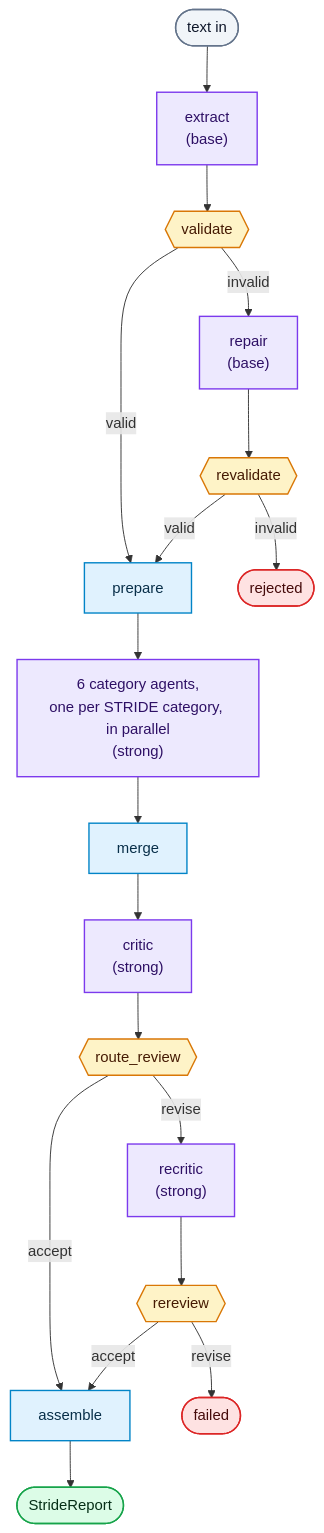
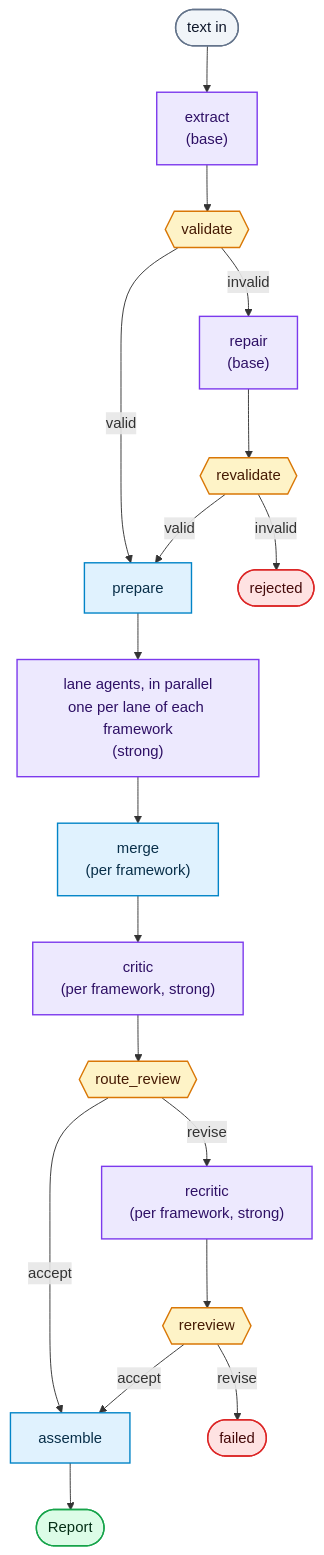
One commit to mstarks01/work-agent changed the diagram in docs/Architecture.md. Above: the diagram before and after it, drawn with Mermaid. The commit also changed other lines of this file and 5 other files, not shown here.

````diff
--- a/docs/Architecture.md
+++ b/docs/Architecture.md
@@ -13,36 +13,36 @@
 ```mermaid
 flowchart TD
     start([text in]) --> extract["extract<br/>(base)"]
     extract --> validate{{validate}}
     validate -- valid --> prepare[prepare]
     validate -- invalid --> repair["repair<br/>(base)"]
     repair --> revalidate{{revalidate}}
     revalidate -- valid --> prepare
     revalidate -- invalid --> reject([rejected])
 
-    prepare --> analyze["6 category agents,<br/>one per STRIDE category, in parallel<br/>(strong)"]
-    analyze --> merge[merge]
-    merge --> critic["critic<br/>(strong)"]
+    prepare --> analyze["lane agents, in parallel<br/>one per lane of each framework<br/>(strong)"]
+    analyze --> merge["merge<br/>(per framework)"]
+    merge --> critic["critic<br/>(per framework, strong)"]
     critic --> router{{route_review}}
 
     router -- accept --> assemble[assemble]
-    router -- revise --> recritic["recritic<br/>(strong)"]
+    router -- revise --> recritic["recritic<br/>(per framework, strong)"]
     recritic --> rereview{{rereview}}
     rereview -- accept --> assemble
     rereview -- revise --> failed([failed])
-    assemble --> report([StrideReport])
+    assemble --> report([Report])
 
     classDef llm fill:#ede9fe,stroke:#7c3aed,stroke-width:1.5px,color:#2e1065
     classDef code fill:#e0f2fe,stroke:#0284c7,stroke-width:1.5px,color:#082f49
     classDef gate fill:#fef3c7,stroke:#d97706,stroke-width:1.5px,color:#451a03
     classDef good fill:#dcfce7,stroke:#16a34a,stroke-width:1.5px,color:#052e16
     classDef bad fill:#fee2e2,stroke:#dc2626,stroke-width:1.5px,color:#450a0a
     classDef io fill:#f1f5f9,stroke:#64748b,stroke-width:1.5px,color:#0f172a
 
     class extract,repair,analyze,critic,recritic llm
     class prepare,merge,assemble code
     class validate,revalidate,router,rereview gate
     class report good
     class reject,failed bad
     class start io
 ```
````
